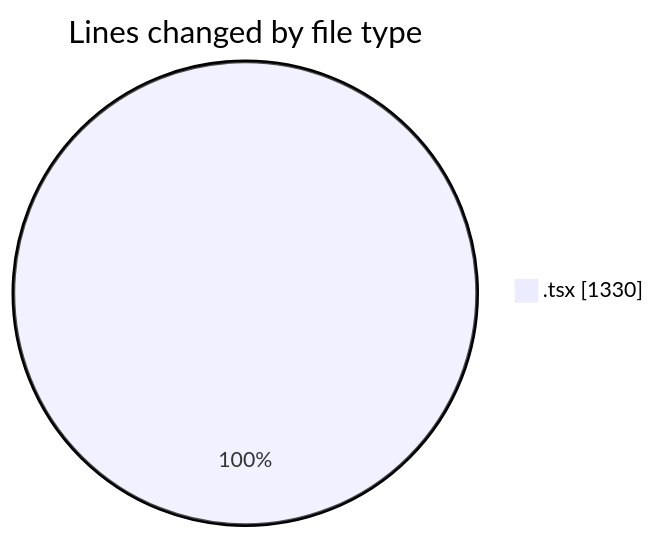
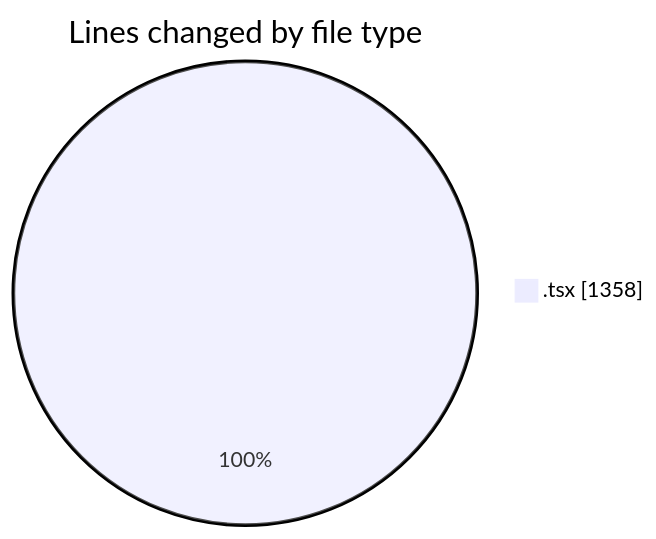
One commit to nxtqubesakshisongat/code-tracking changed the first of 2 diagrams in 2026-02-03/nxtqube_webapp/README.md. Above: the diagram before and after it, drawn with Mermaid. The commit also changed other lines of this file and 1 other file, not shown here.

````diff
--- a/2026-02-03/nxtqube_webapp/README.md
+++ b/2026-02-03/nxtqube_webapp/README.md
@@ -20,5 +20,5 @@
 ```mermaid
 pie showData
 title Lines changed by file type
-".tsx" : 1330
+".tsx" : 1358
 ```
````
